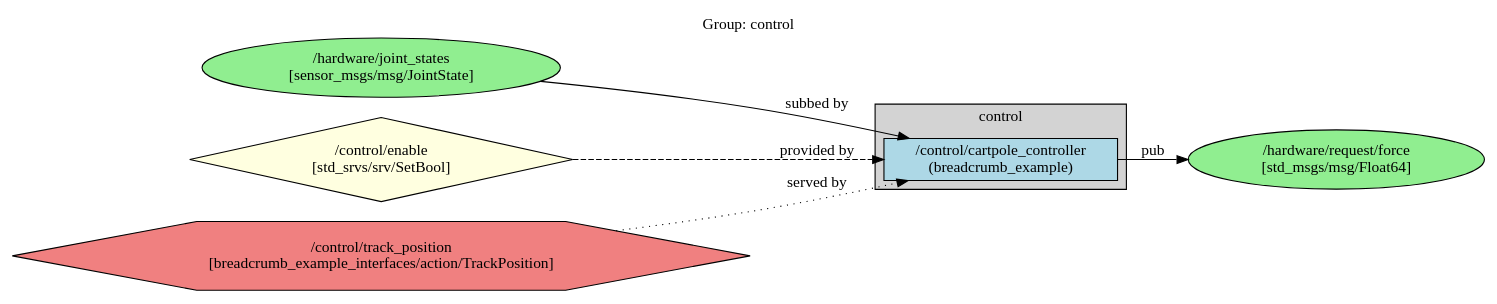
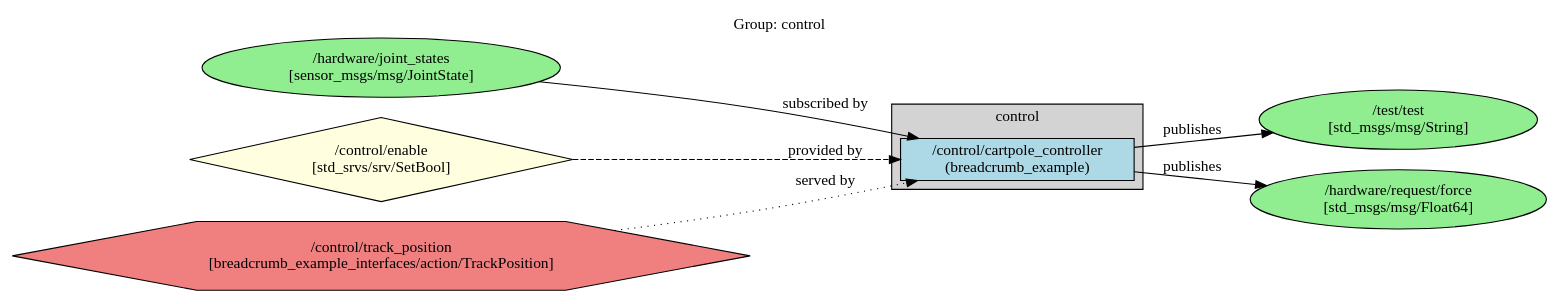
The diagram in breadcrumb_example/ros_graphs/graph_group_control.dot (greenforge-labs/breadcrumb), drawn with Graphviz before and after one commit. The commit also changed 14 other files, not shown here.

```diff
--- a/breadcrumb_example/ros_graphs/graph_group_control.dot
+++ b/breadcrumb_example/ros_graphs/graph_group_control.dot
@@ -1,36 +1,38 @@
 digraph ROS2Group_control {
   rankdir=LR;
   node [shape=box];
   label="Group: control";
   labelloc=t;
 
   subgraph cluster_control {
     label="control";
     style=filled;
     fillcolor=lightgrey;
 
     // Group Nodes
     "/control/cartpole_controller" [label="/control/cartpole_controller\n(breadcrumb_example)", style=filled, fillcolor=lightblue];
   }
 
   // External Topics
   "/hardware/joint_states" [label="/hardware/joint_states\n[sensor_msgs/msg/JointState]", shape=ellipse, style=filled, fillcolor=lightgreen];
+  "/test/test" [label="/test/test\n[std_msgs/msg/String]", shape=ellipse, style=filled, fillcolor=lightgreen];
   "/hardware/request/force" [label="/hardware/request/force\n[std_msgs/msg/Float64]", shape=ellipse, style=filled, fillcolor=lightgreen];
 
   // External Services
   "/control/enable" [label="/control/enable\n[std_srvs/srv/SetBool]", shape=diamond, style=filled, fillcolor=lightyellow];
 
   // External Actions
   "/control/track_position" [label="/control/track_position\n[breadcrumb_example_interfaces/action/TrackPosition]", shape=hexagon, style=filled, fillcolor=lightcoral];
 
   // External Topic Edges
-  "/hardware/joint_states" -> "/control/cartpole_controller" [label="subbed by"];
-  "/control/cartpole_controller" -> "/hardware/request/force" [label="pub"];
+  "/hardware/joint_states" -> "/control/cartpole_controller" [label="subscribed by"];
+  "/control/cartpole_controller" -> "/test/test" [label="publishes"];
+  "/control/cartpole_controller" -> "/hardware/request/force" [label="publishes"];
 
   // External Service Edges
   "/control/enable" -> "/control/cartpole_controller" [label="provided by", style=dashed];
 
   // External Action Edges
   "/control/track_position" -> "/control/cartpole_controller" [label="served by", style=dotted];
 
 }
```
